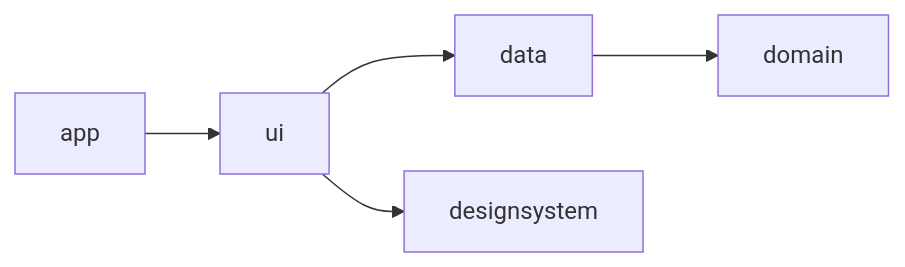
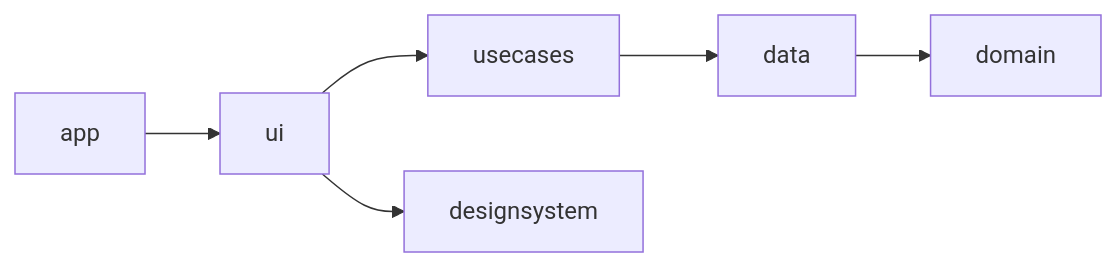
The first of 2 diagrams in ARCHITECTURE.md (TimLariviere/Snapdex-Compose), drawn with Mermaid before and after one commit. The commit also changed other lines of this file and 125 other files, not shown here.

````diff
--- a/ARCHITECTURE.md
+++ b/ARCHITECTURE.md
@@ -31,7 +32,8 @@
 ```mermaid
 graph LR
     app --> ui
-    ui --> data
+    ui --> usecases
+    usecases --> data
     ui --> designsystem
     data --> domain
 ```
````
